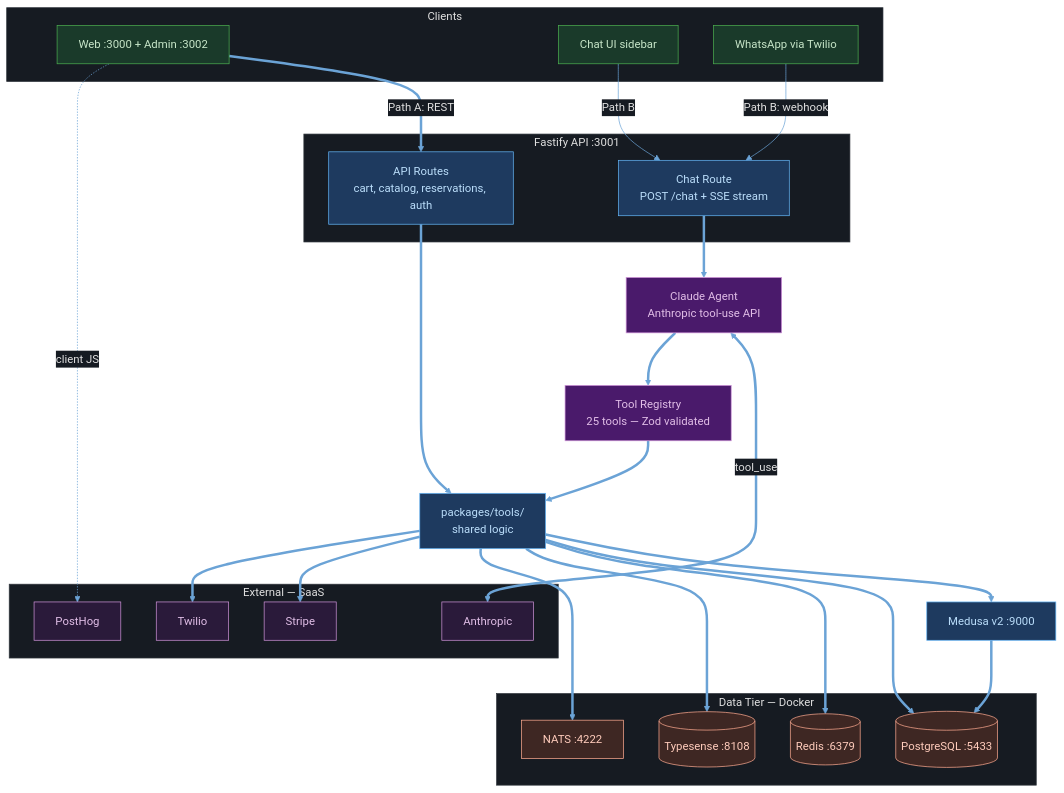
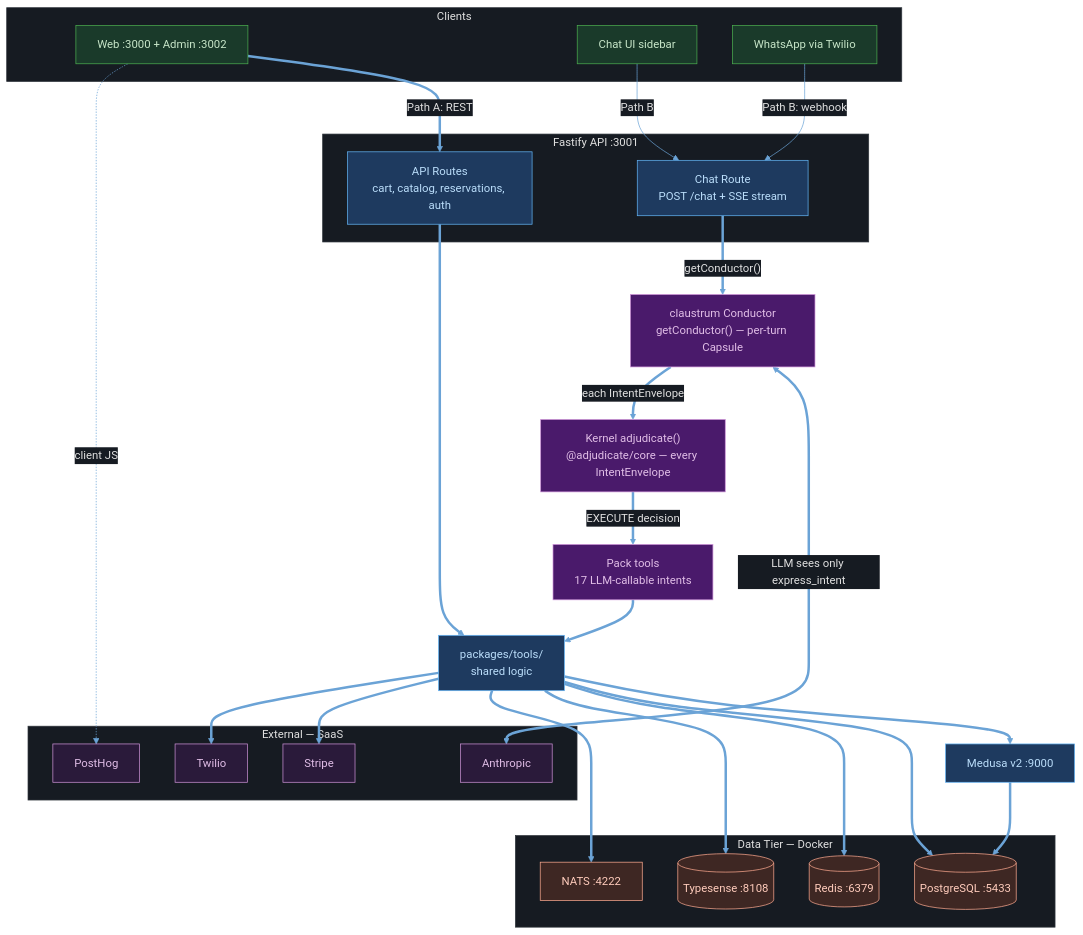
One commit to BrunoRodolpho/ibatexas changed the first of 5 diagrams in docs/architecture/README.md. Above: the diagram before and after it, drawn with Mermaid. The commit also changed other lines of this file and 239 other files, not shown here.

````diff
--- a/docs/architecture/README.md
+++ b/docs/architecture/README.md
@@ -11,64 +11,67 @@
 ```mermaid
 %%{init: {'theme': 'base', 'themeVariables': {'primaryColor': '#1e3a5f', 'primaryTextColor': '#e0e0e0', 'primaryBorderColor': '#4a90d9', 'lineColor': '#6ba3d6', 'secondaryColor': '#2d4a22', 'tertiaryColor': '#4a3060', 'background': '#0d1117', 'mainBkg': '#161b22', 'nodeBorder': '#4a90d9', 'clusterBkg': '#161b22', 'clusterBorder': '#30363d', 'titleColor': '#e0e0e0', 'edgeLabelBackground': '#161b22'}}}%%
 graph TD
   subgraph Clients
     WEB["Web :3000 + Admin :3002"]
     CHAT["Chat UI sidebar"]
     WA["WhatsApp via Twilio"]
   end
 
   subgraph "Fastify API :3001"
     ROUTES["API Routes<br/>cart, catalog, reservations, auth"]
     CHAT_RT["Chat Route<br/>POST /chat + SSE stream"]
   end
 
-  AGENT["Claude Agent<br/>Anthropic tool-use API"]
-  TOOL_REG["Tool Registry<br/>25 tools — Zod validated"]
+  COND["claustrum Conductor<br/>getConductor() — per-turn Capsule"]
+  KERNEL["Kernel adjudicate()<br/>@adjudicate/core — every IntentEnvelope"]
+  PACKS["Pack tools<br/>17 LLM-callable intents"]
   SHARED["packages/tools/<br/>shared logic"]
   MEDUSA["Medusa v2 :9000"]
 
   subgraph Data["Data Tier — Docker"]
     PG[("PostgreSQL :5433")]
     REDIS[("Redis :6379")]
     TS[("Typesense :8108")]
     NATS["NATS :4222"]
   end
 
   subgraph External["External — SaaS"]
     STRIPE["Stripe"]
     TWILIO["Twilio"]
     ANTHROPIC["Anthropic"]
     POSTHOG["PostHog"]
   end
 
   WEB ==>|"Path A: REST"| ROUTES
   ROUTES ==> SHARED
   CHAT -->|"Path B"| CHAT_RT
   WA -->|"Path B: webhook"| CHAT_RT
-  CHAT_RT ==> AGENT
-  AGENT <==>|tool_use| ANTHROPIC
-  AGENT ==> TOOL_REG
-  TOOL_REG ==> SHARED
+  CHAT_RT ==>|"getConductor()"| COND
+  COND <==>|"LLM sees only express_intent"| ANTHROPIC
+  COND ==>|"each IntentEnvelope"| KERNEL
+  KERNEL ==>|"EXECUTE decision"| PACKS
+  PACKS ==> SHARED
   SHARED ==> MEDUSA & PG & REDIS & TS & NATS
   SHARED ==> STRIPE & TWILIO
   MEDUSA ==> PG
   WEB -.->|client JS| POSTHOG
 
   style WEB fill:#1a3a2a,stroke:#4caf50,color:#c8e6c9
   style CHAT fill:#1a3a2a,stroke:#4caf50,color:#c8e6c9
   style WA fill:#1a3a2a,stroke:#4caf50,color:#c8e6c9
   style ROUTES fill:#1e3a5f,stroke:#64b5f6,color:#bbdefb
   style CHAT_RT fill:#1e3a5f,stroke:#64b5f6,color:#bbdefb
-  style AGENT fill:#4a1a6b,stroke:#ce93d8,color:#e1bee7
-  style TOOL_REG fill:#4a1a6b,stroke:#ce93d8,color:#e1bee7
+  style COND fill:#4a1a6b,stroke:#ce93d8,color:#e1bee7
+  style KERNEL fill:#4a1a6b,stroke:#ce93d8,color:#e1bee7
+  style PACKS fill:#4a1a6b,stroke:#ce93d8,color:#e1bee7
   style SHARED fill:#1e3a5f,stroke:#64b5f6,color:#bbdefb
   style MEDUSA fill:#1e3a5f,stroke:#64b5f6,color:#bbdefb
   style PG fill:#3e2723,stroke:#ffab91,color:#ffccbc
   style REDIS fill:#3e2723,stroke:#ffab91,color:#ffccbc
   style TS fill:#3e2723,stroke:#ffab91,color:#ffccbc
   style NATS fill:#3e2723,stroke:#ffab91,color:#ffccbc
   style STRIPE fill:#2a1a3a,stroke:#ce93d8,color:#e1bee7
   style TWILIO fill:#2a1a3a,stroke:#ce93d8,color:#e1bee7
   style ANTHROPIC fill:#2a1a3a,stroke:#ce93d8,color:#e1bee7
   style POSTHOG fill:#2a1a3a,stroke:#ce93d8,color:#e1bee7
 ```
````
